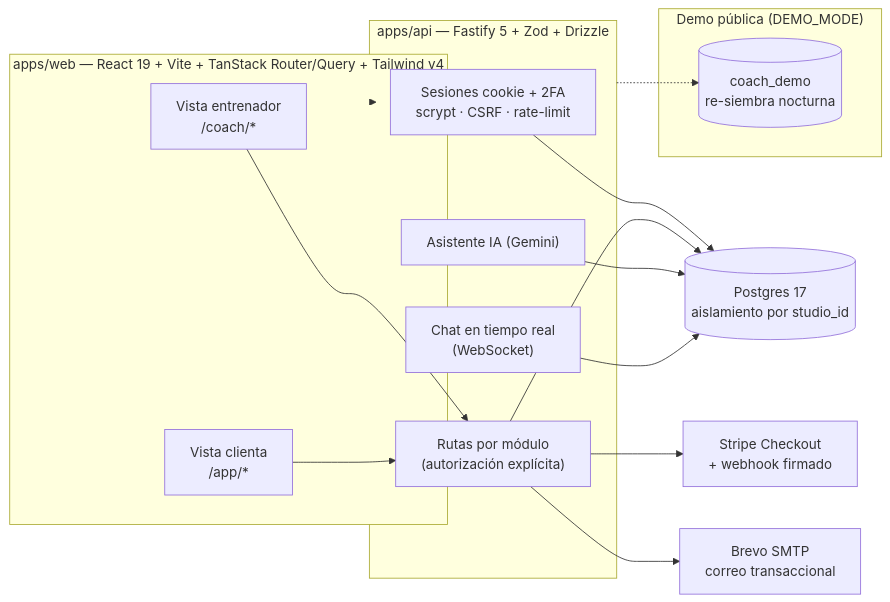
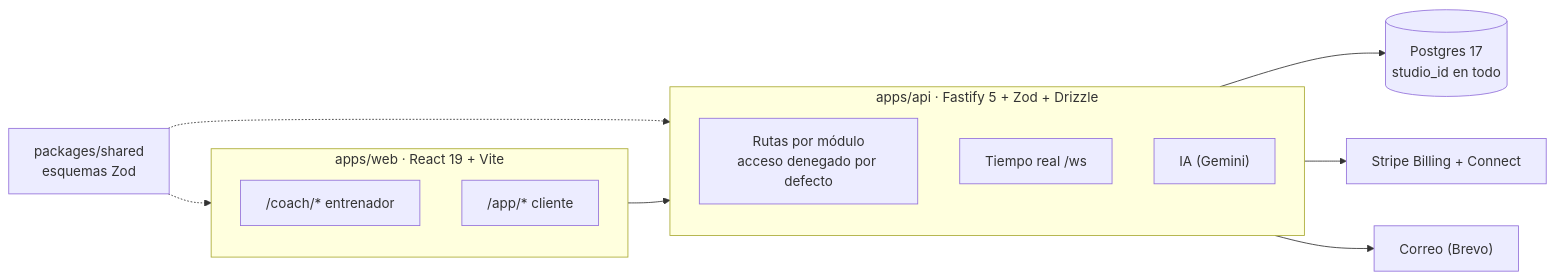
One commit to jlgarciavalverde/paquito-coach changed the diagram in README.md. Above: the diagram before and after it, drawn with Mermaid. The commit also changed other lines of this file and 9 other files, not shown here.

````diff
--- a/README.md
+++ b/README.md
@@ -67,29 +57,17 @@
 ```mermaid
 flowchart LR
-    subgraph Web["apps/web — React 19 + Vite + TanStack Router/Query + Tailwind v4"]
-        Coach["Vista entrenador<br/>/coach/*"] 
-        Cliente["Vista clienta<br/>/app/*"]
-    end
-    subgraph API["apps/api — Fastify 5 + Zod + Drizzle"]
-        Auth["Sesiones cookie + 2FA<br/>scrypt · CSRF · rate-limit"]
-        Rutas["Rutas por módulo<br/>(autorización explícita)"]
-        IA2["Asistente IA (Gemini)"]
-        WS["Chat en tiempo real<br/>(WebSocket)"]
-    end
-    DB[("Postgres 17<br/>aislamiento por studio_id")]
-    Stripe["Stripe Checkout<br/>+ webhook firmado"]
-    Brevo["Brevo SMTP<br/>correo transaccional"]
-    Web --> API
-    Coach --> Rutas
-    Cliente --> Rutas
-    Auth --> DB
-    Rutas --> DB
-    IA2 --> DB
-    WS --> DB
-    Rutas --> Stripe
-    Rutas --> Brevo
-    subgraph Demo["Demo pública (DEMO_MODE)"]
-        DDB[("coach_demo<br/>re-siembra nocturna")]
-    end
-    API -.-> DDB
+  subgraph web["apps/web · React 19 + Vite"]
+    coach["/coach/* entrenador"]
+    cliente["/app/* cliente"]
+  end
+  subgraph api["apps/api · Fastify 5 + Zod + Drizzle"]
+    rutas["Rutas por módulo<br/>acceso denegado por defecto"]
+    ws["Tiempo real /ws"]
+    ia["IA (Gemini)"]
+  end
+  shared["packages/shared<br/>esquemas Zod"] -.-> web & api
+  web --> api
+  api --> db[("Postgres 17<br/>studio_id en todo")]
+  api --> stripe["Stripe Billing + Connect"]
+  api --> mail["Correo (Brevo)"]
 ```
````
